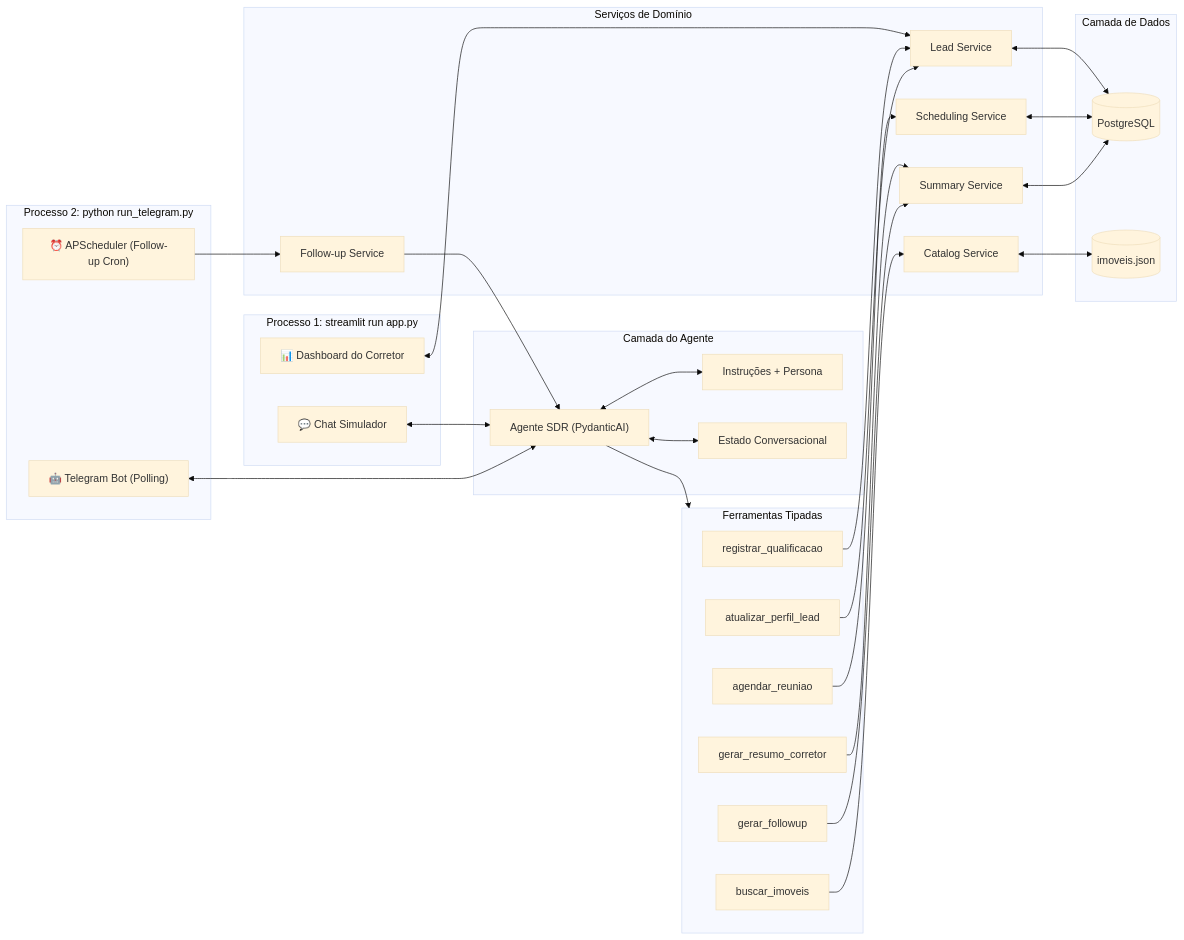
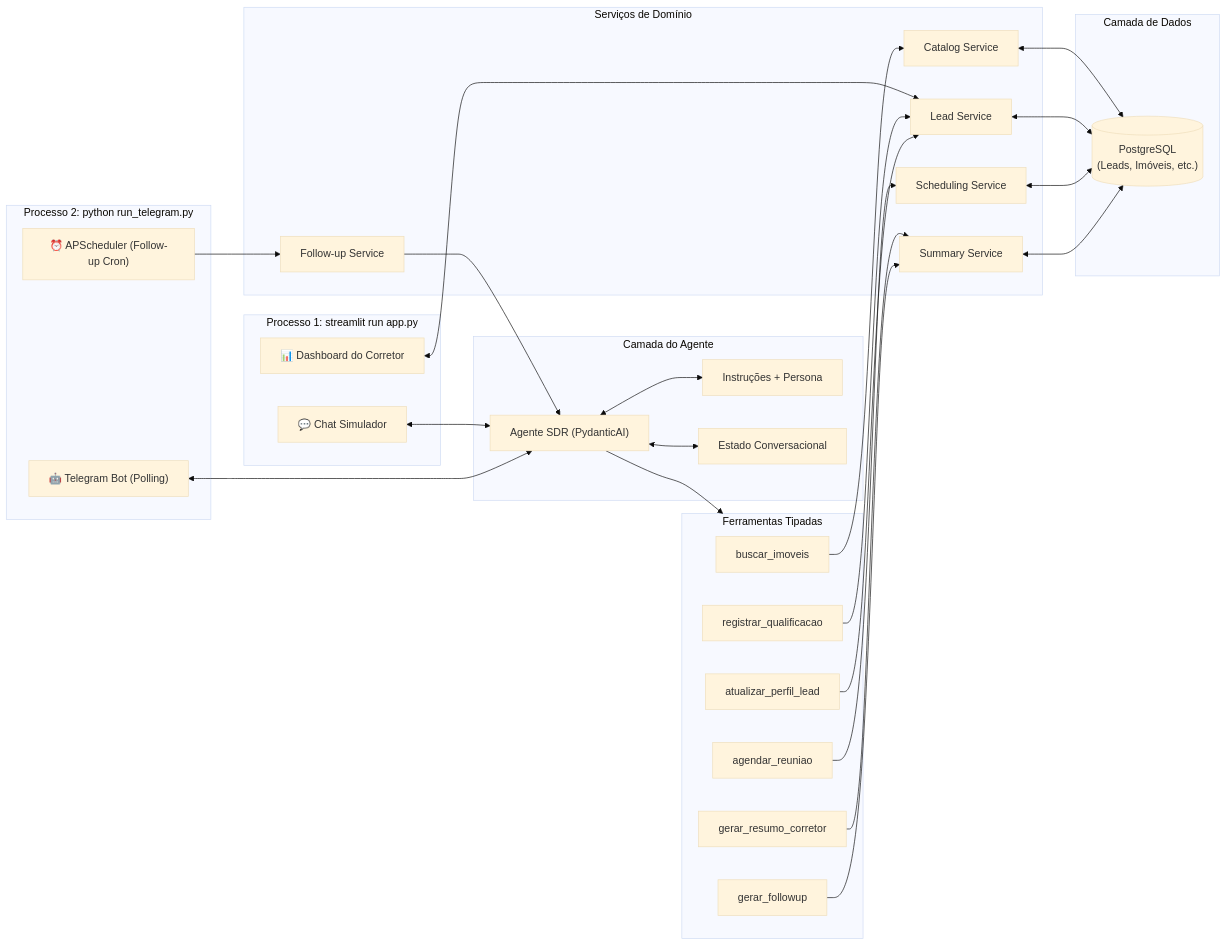
The diagram in PLANO_DE_IMPLEMENTACAO.md (luizaaca/agente_imobiliario), drawn with Mermaid (base theme) before and after one commit. The commit also changed other lines of this file and 3 other files, not shown here.

````diff
--- a/PLANO_DE_IMPLEMENTACAO.md
+++ b/PLANO_DE_IMPLEMENTACAO.md
@@ -143,59 +143,58 @@
 ```mermaid
 flowchart LR
     subgraph Proc1 ["Processo 1: streamlit run app.py"]
         ChatTab["💬 Chat Simulador"]
         DashTab["📊 Dashboard do Corretor"]
     end
 
     subgraph Proc2 ["Processo 2: python run_telegram.py"]
         TgBot["🤖 Telegram Bot (Polling)"]
         Scheduler["⏰ APScheduler (Follow-up Cron)"]
     end
 
     subgraph Agent ["Camada do Agente"]
         SDRAgent["Agente SDR (PydanticAI)"]
         Prompt["Instruções + Persona"]
         State["Estado Conversacional"]
     end
 
     subgraph Tools ["Ferramentas Tipadas"]
         Buscar["buscar_imoveis"]
         Qualificar["registrar_qualificacao"]
         PerfilTool["atualizar_perfil_lead"]
         Agendar["agendar_reuniao"]
         Resumo["gerar_resumo_corretor"]
         FollowUp["gerar_followup"]
     end
 
     subgraph Services ["Serviços de Domínio"]
         CatalogService["Catalog Service"]
         LeadService["Lead Service"]
         SchedulingService["Scheduling Service"]
         SummaryService["Summary Service"]
         FollowUpService["Follow-up Service"]
     end
 
     subgraph Data ["Camada de Dados"]
-        DB[("PostgreSQL")]
-        Catalog[("imoveis.json")]
+        DB[("PostgreSQL\n(Leads, Imóveis, etc.)")]
     end
 
     ChatTab <--> SDRAgent
     TgBot <--> SDRAgent
     Scheduler --> FollowUpService
     DashTab <--> LeadService
     SDRAgent <--> Prompt
     SDRAgent <--> State
     SDRAgent --> Tools
     Buscar --> CatalogService
     Qualificar --> LeadService
     PerfilTool --> LeadService
     Agendar --> SchedulingService
     Resumo --> SummaryService
     FollowUp --> SummaryService
     FollowUpService --> SDRAgent
-    CatalogService <--> Catalog
+    CatalogService <--> DB
     LeadService <--> DB
     SchedulingService <--> DB
     SummaryService <--> DB
 ```
````
